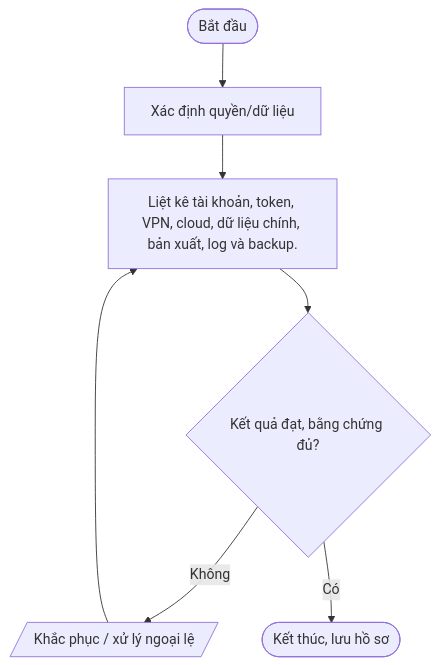
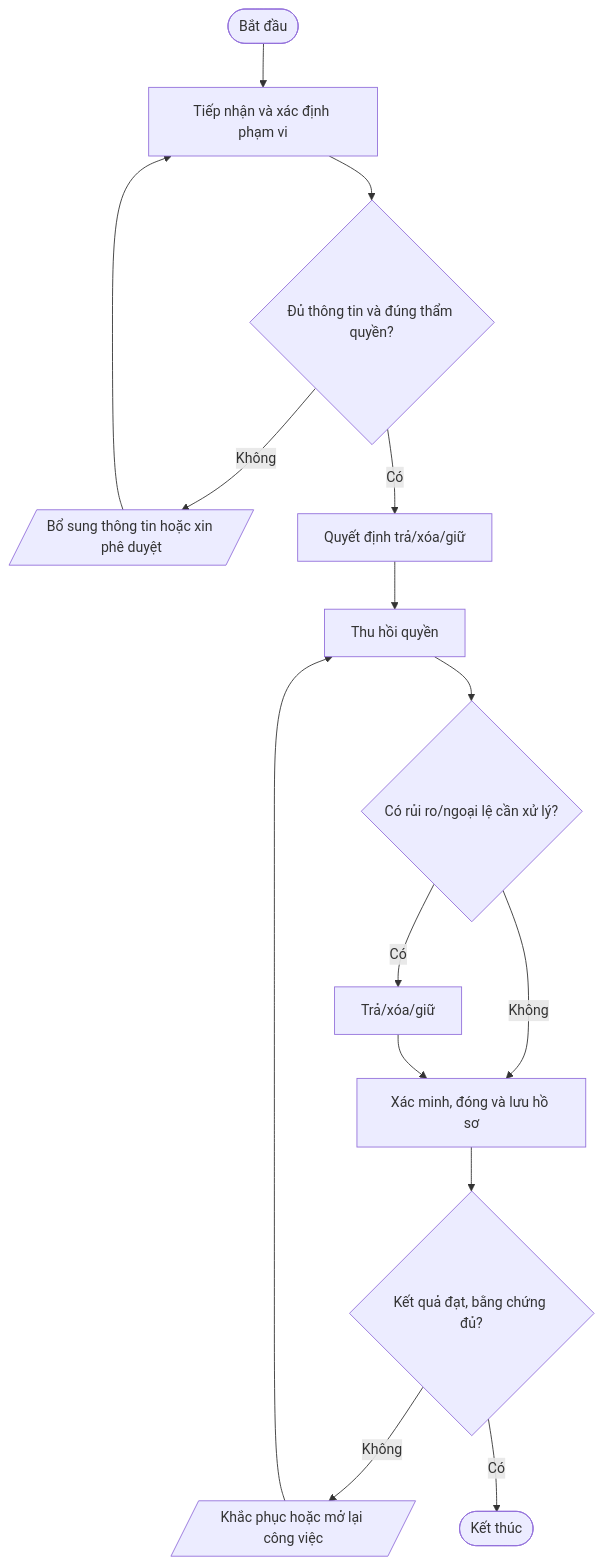
The third of 4 diagrams in quy-trinh/06-Ket-thuc-hop-dong/README.md (daoaigiangnam/Quy_Trinh_Chuan), drawn with Mermaid before and after one commit. The commit also changed other lines of this file, not shown here.

Commit message:
docs: refine detailed procedure steps and Mermaid flowcharts

````diff
--- a/quy-trinh/06-Ket-thuc-hop-dong/README.md
+++ b/quy-trinh/06-Ket-thuc-hop-dong/README.md
@@ -187,11 +226,17 @@
 ```mermaid
 flowchart TD
-  A([Bắt đầu]) --> S1
-  S1["Xác định quyền/dữ liệu"]
-  S2["Liệt kê tài khoản, token, VPN, cloud, dữ liệu chính, bản xuất, log và backup."]
-  S1 --> S2
-  S2 --> D2{"Kết quả đạt, bằng chứng đủ?"}
-  D2 -- Không --> REWORK[/"Khắc phục / xử lý ngoại lệ"/]
-  REWORK --> S2
-  D2 -- Có --> Z([Kết thúc, lưu hồ sơ])
+  A([Bắt đầu]) --> S1["Tiếp nhận và xác định phạm vi"]
+  S1 --> D1{"Đủ thông tin và đúng thẩm quyền?"}
+  D1 -- Không --> F1[/"Bổ sung thông tin hoặc xin phê duyệt"/]
+  F1 --> S1
+  D1 -- Có --> S2["Quyết định trả/xóa/giữ"]
+  S2 --> S3["Thu hồi quyền"]
+  S3 --> D2{"Có rủi ro/ngoại lệ cần xử lý?"}
+  D2 -- Có --> S4["Trả/xóa/giữ"]
+  D2 -- Không --> S5["Xác minh, đóng và lưu hồ sơ"]
+  S4 --> S5
+  S5 --> D3{"Kết quả đạt, bằng chứng đủ?"}
+  D3 -- Không --> R[/"Khắc phục hoặc mở lại công việc"/]
+  R --> S3
+  D3 -- Có --> Z([Kết thúc])
 ```
````
